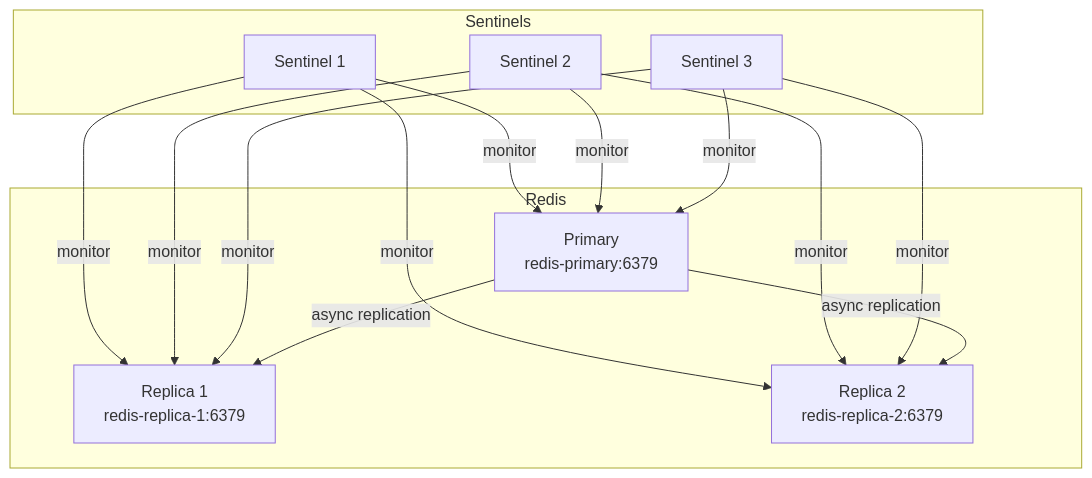
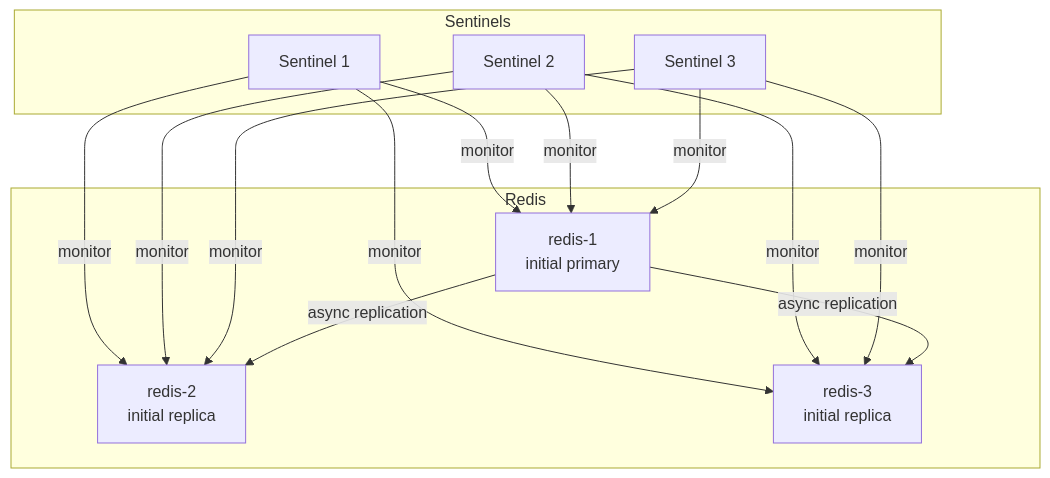
The second of 2 diagrams in materials/nosql/07-key-value-deep-dive/06-replication.md (afekash/project_shopflow-afek), drawn with Mermaid before and after one commit. The commit also changed other lines of this file and 17 other files, not shown here.

````diff
--- a/materials/nosql/07-key-value-deep-dive/06-replication.md
+++ b/materials/nosql/07-key-value-deep-dive/06-replication.md
@@ -150,18 +131,18 @@
 ```mermaid
 flowchart TD
     subgraph Sentinels
         S1[Sentinel 1]
         S2[Sentinel 2]
         S3[Sentinel 3]
     end
     subgraph Redis
-        P[Primary\nredis-primary:6379]
-        R1[Replica 1\nredis-replica-1:6379]
-        R2[Replica 2\nredis-replica-2:6379]
+        P[redis-1<br/>initial primary]
+        R1[redis-2<br/>initial replica]
+        R2[redis-3<br/>initial replica]
     end
     S1 & S2 & S3 -->|monitor| P
     S1 & S2 & S3 -->|monitor| R1
     S1 & S2 & S3 -->|monitor| R2
     P -->|async replication| R1
     P -->|async replication| R2
 ```
````
